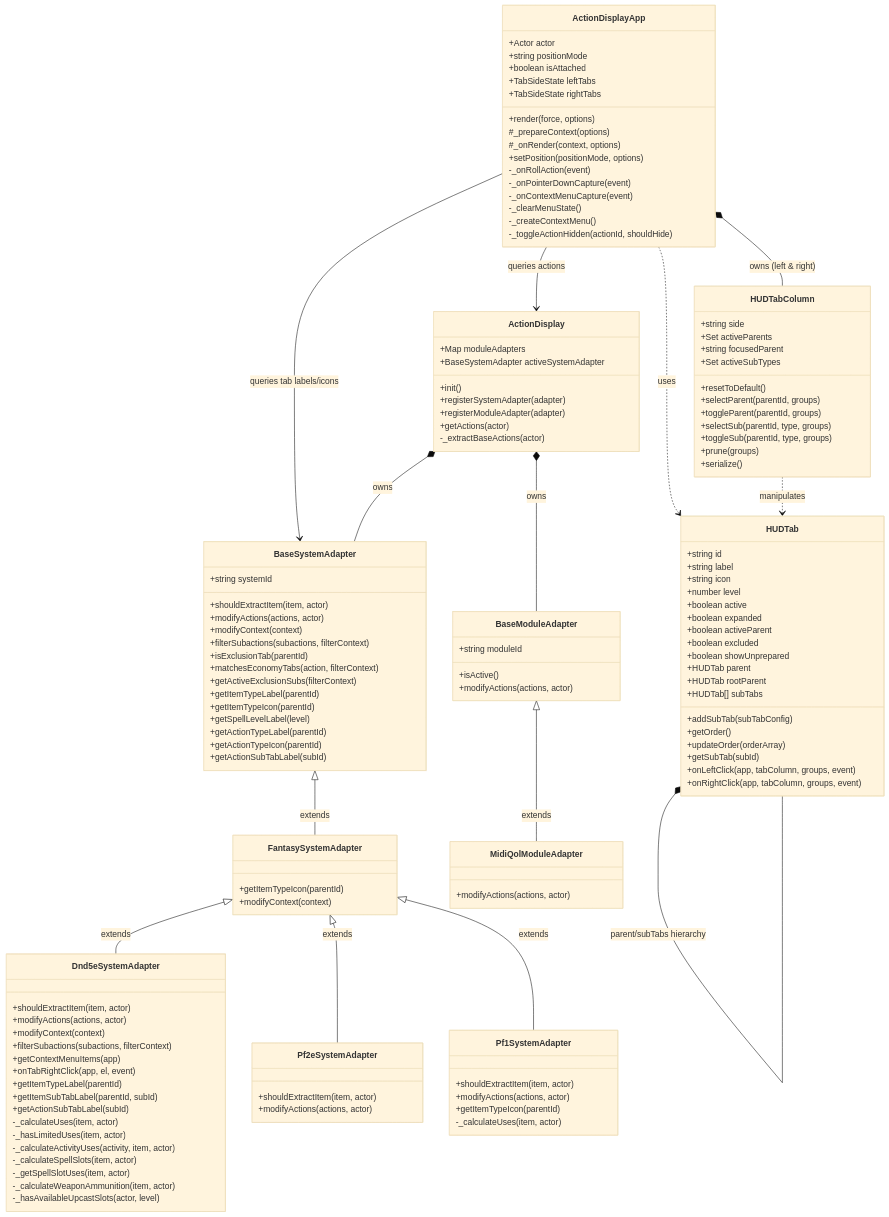
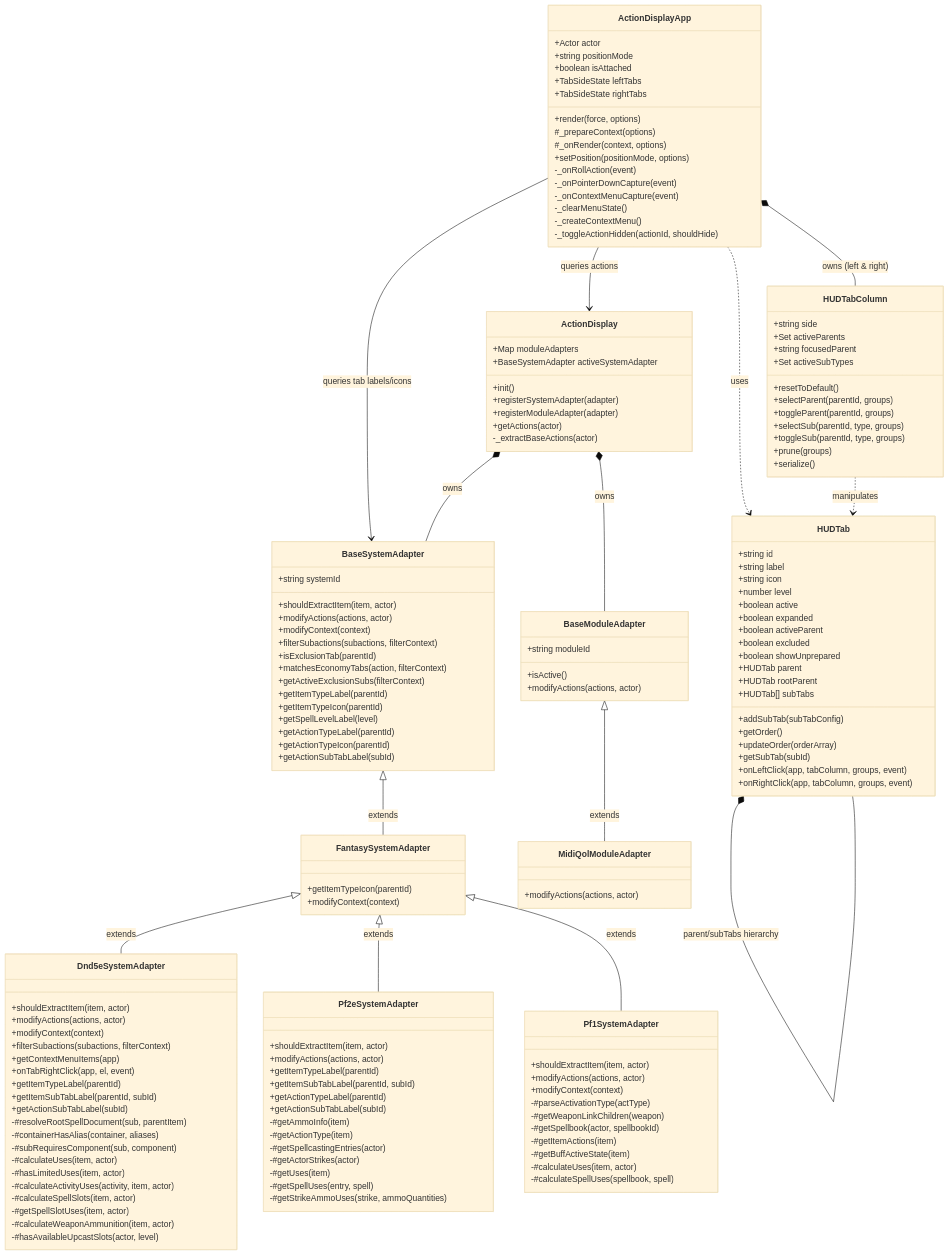
The first of 3 diagrams in docs/architecture_guide.md (aljames-arctic/bakana-action-display), drawn with Mermaid (base theme) before and after one commit. The commit also changed 6 other files, not shown here.

```diff
--- a/docs/architecture_guide.md
+++ b/docs/architecture_guide.md
@@ -120,25 +120,45 @@
         +getItemTypeLabel(parentId)
         +getItemSubTabLabel(parentId, subId)
         +getActionSubTabLabel(subId)
-        -_calculateUses(item, actor)
-        -_hasLimitedUses(item, actor)
-        -_calculateActivityUses(activity, item, actor)
-        -_calculateSpellSlots(item, actor)
-        -_getSpellSlotUses(item, actor)
-        -_calculateWeaponAmmunition(item, actor)
-        -_hasAvailableUpcastSlots(actor, level)
+        -#resolveRootSpellDocument(sub, parentItem)
+        -#containerHasAlias(container, aliases)
+        -#subRequiresComponent(sub, component)
+        -#calculateUses(item, actor)
+        -#hasLimitedUses(item, actor)
+        -#calculateActivityUses(activity, item, actor)
+        -#calculateSpellSlots(item, actor)
+        -#getSpellSlotUses(item, actor)
+        -#calculateWeaponAmmunition(item, actor)
+        -#hasAvailableUpcastSlots(actor, level)
     }
 
     class Pf2eSystemAdapter {
         +shouldExtractItem(item, actor)
         +modifyActions(actions, actor)
+        +getItemTypeLabel(parentId)
+        +getItemSubTabLabel(parentId, subId)
+        +getActionTypeLabel(parentId)
+        +getActionSubTabLabel(subId)
+        -#getAmmoInfo(item)
+        -#getActionType(item)
+        -#getSpellcastingEntries(actor)
+        -#getActorStrikes(actor)
+        -#getUses(item)
+        -#getSpellUses(entry, spell)
+        -#getStrikeAmmoUses(strike, ammoQuantities)
     }
 
     class Pf1SystemAdapter {
         +shouldExtractItem(item, actor)
         +modifyActions(actions, actor)
-        +getItemTypeIcon(parentId)
-        -_calculateUses(item, actor)
+        +modifyContext(context)
+        -#parseActivationType(actType)
+        -#getWeaponLinkChildren(weapon)
+        -#getSpellbook(actor, spellbookId)
+        -#getItemActions(item)
+        -#getBuffActiveState(item)
+        -#calculateUses(item, actor)
+        -#calculateSpellUses(spellbook, spell)
     }
 
     class BaseModuleAdapter {
```
